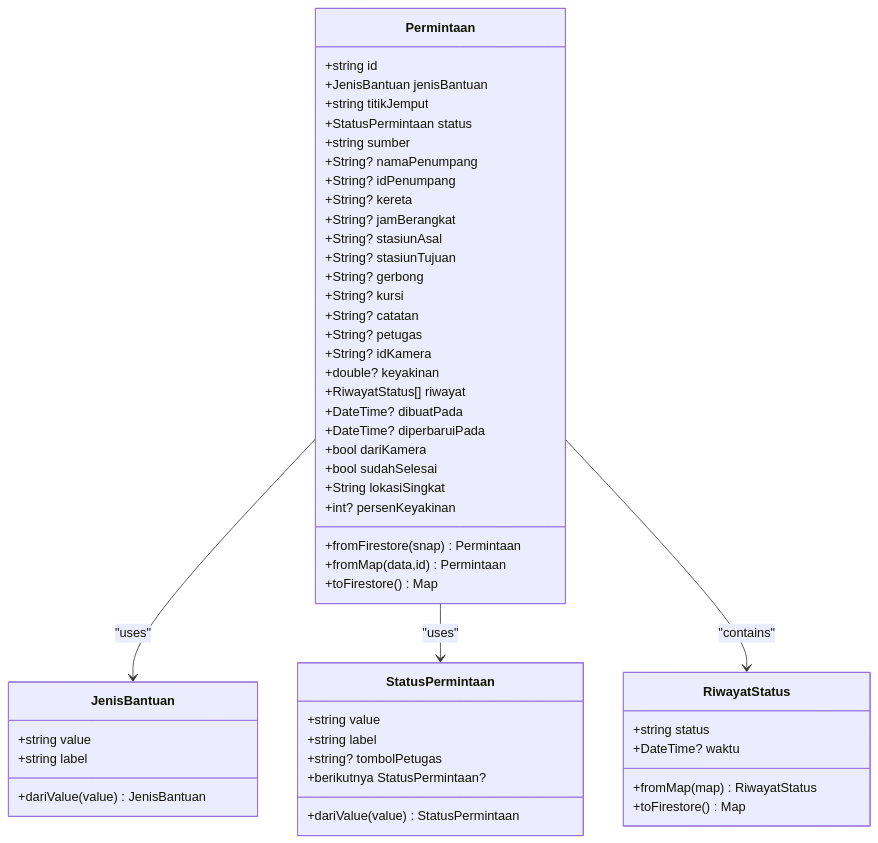
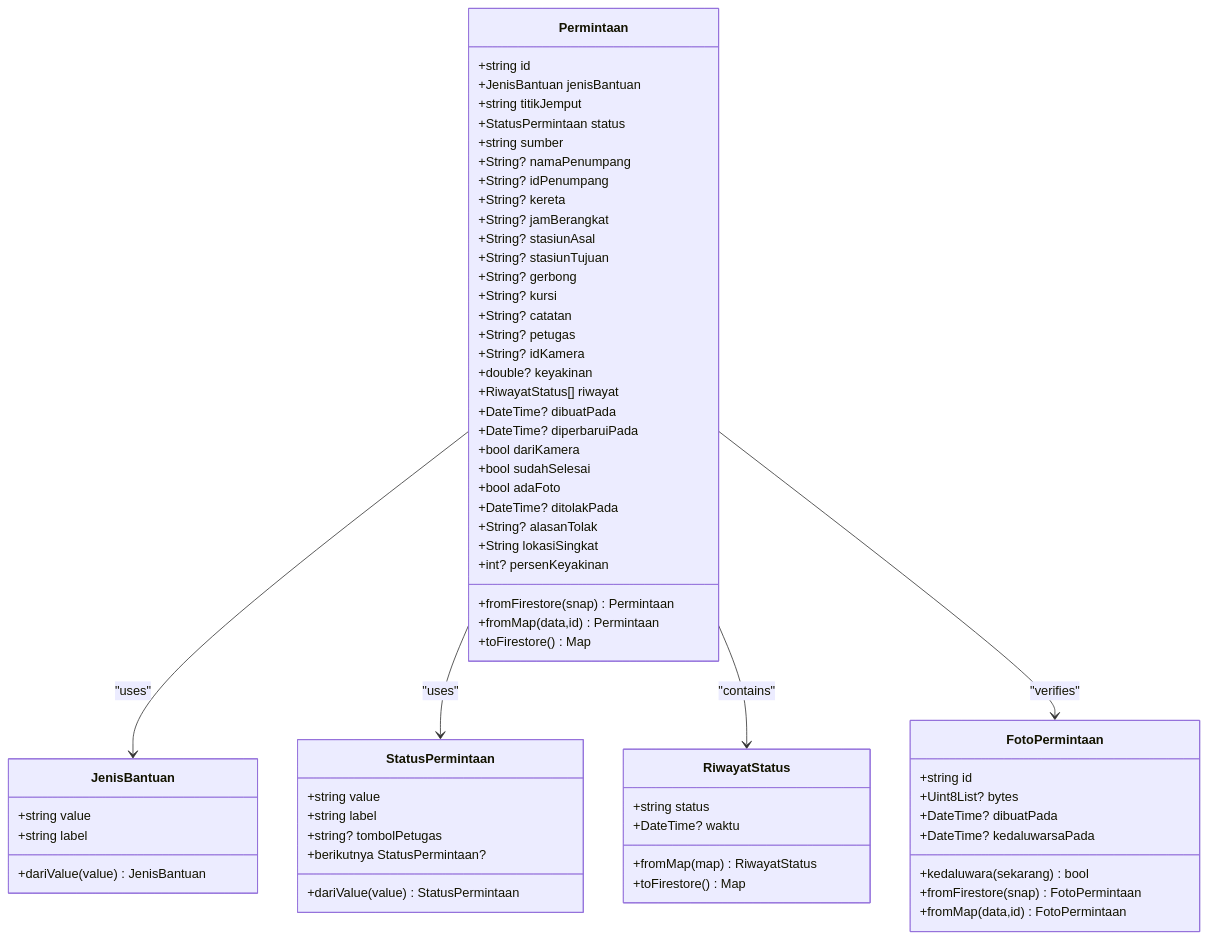
One commit to rdsarjito/whoosh-ramah changed the fifth of 10 diagrams in .qoder/repowiki/en/content/Mobile Application/Staff Workflow/Staff Workflow.md. Above: the diagram before and after it, drawn with Mermaid. The commit also changed other lines of this file and 68 other files, not shown here.

````diff
--- a/.qoder/repowiki/en/content/Mobile Application/Staff Workflow/Staff Workflow.md
+++ b/.qoder/repowiki/en/content/Mobile Application/Staff Workflow/Staff Workflow.md
@@ -289,53 +330,66 @@
 ```mermaid
 classDiagram
 class JenisBantuan {
 +string value
 +string label
 +dariValue(value) JenisBantuan
 }
 class StatusPermintaan {
 +string value
 +string label
 +string? tombolPetugas
 +berikutnya StatusPermintaan?
 +dariValue(value) StatusPermintaan
 }
 class RiwayatStatus {
 +string status
 +DateTime? waktu
 +fromMap(map) RiwayatStatus
 +toFirestore() Map
+}
+class FotoPermintaan {
++string id
++Uint8List? bytes
++DateTime? dibuatPada
++DateTime? kedaluwarsaPada
++kedaluwara(sekarang) bool
++fromFirestore(snap) FotoPermintaan
++fromMap(data,id) FotoPermintaan
 }
 class Permintaan {
 +string id
 +JenisBantuan jenisBantuan
 +string titikJemput
 +StatusPermintaan status
 +string sumber
 +String? namaPenumpang
 +String? idPenumpang
 +String? kereta
 +String? jamBerangkat
 +String? stasiunAsal
 +String? stasiunTujuan
 +String? gerbong
 +String? kursi
 +String? catatan
 +String? petugas
 +String? idKamera
 +double? keyakinan
 +RiwayatStatus[] riwayat
 +DateTime? dibuatPada
 +DateTime? diperbaruiPada
 +bool dariKamera
 +bool sudahSelesai
++bool adaFoto
++DateTime? ditolakPada
++String? alasanTolak
 +String lokasiSingkat
 +int? persenKeyakinan
 +fromFirestore(snap) Permintaan
 +fromMap(data,id) Permintaan
 +toFirestore() Map
 }
 Permintaan --> JenisBantuan : "uses"
 Permintaan --> StatusPermintaan : "uses"
 Permintaan --> RiwayatStatus : "contains"
+Permintaan --> FotoPermintaan : "verifies"
 ```
````
